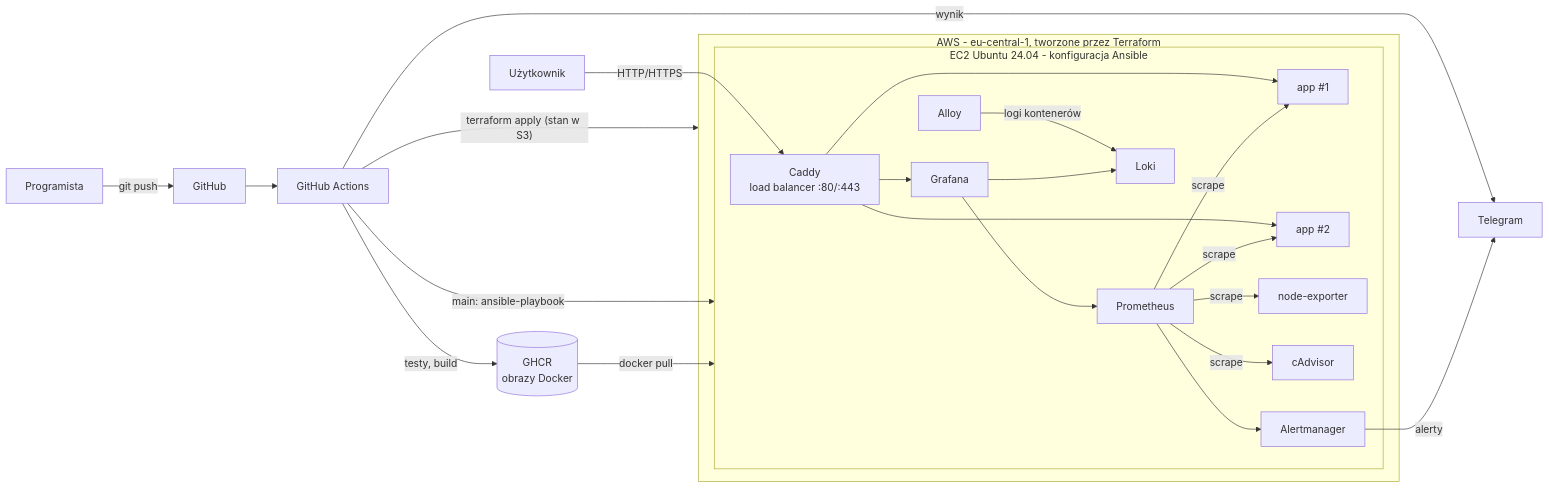
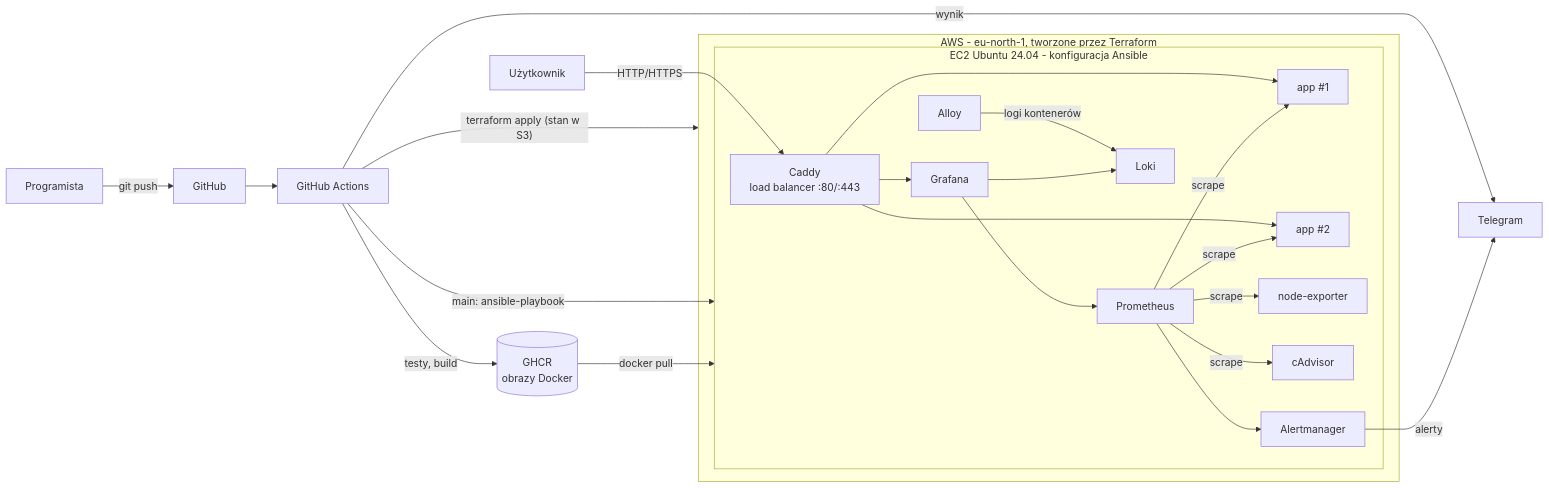
The first of 2 diagrams in README.md (malsoa2023/devops-projekt), drawn with Mermaid before and after one commit. The commit also changed other lines of this file and 5 other files, not shown here.

Commit message:
Region eu-north-1 (jedyny dozwolony przez SCP organizacji konta)

````diff
--- a/README.md
+++ b/README.md
@@ -19,25 +19,25 @@
 ```mermaid
 graph LR
     dev[Programista] -- git push --> gh[GitHub]
     gh --> ci[GitHub Actions]
     ci -- testy, build --> ghcr[(GHCR<br/>obrazy Docker)]
     ci -- "terraform apply (stan w S3)" --> aws
     ci -- "main: ansible-playbook" --> ec2
     ci -- wynik --> tg[Telegram]
 
-    subgraph aws[AWS - eu-central-1, tworzone przez Terraform]
+    subgraph aws[AWS - eu-north-1, tworzone przez Terraform]
       subgraph ec2[EC2 Ubuntu 24.04 - konfiguracja Ansible]
         caddy[Caddy<br/>load balancer :80/:443] --> app1[app #1]
         caddy --> app2[app #2]
         caddy --> grafana[Grafana]
         prom[Prometheus] -- scrape --> app1 & app2
         prom -- scrape --> ne[node-exporter] & cad[cAdvisor]
         prom --> am[Alertmanager]
         alloy[Alloy] -- logi kontenerów --> loki[Loki]
         grafana --> prom & loki
       end
     end
     ghcr -- docker pull --> ec2
     am -- alerty --> tg
     user[Użytkownik] -- HTTP/HTTPS --> caddy
 ```
````
